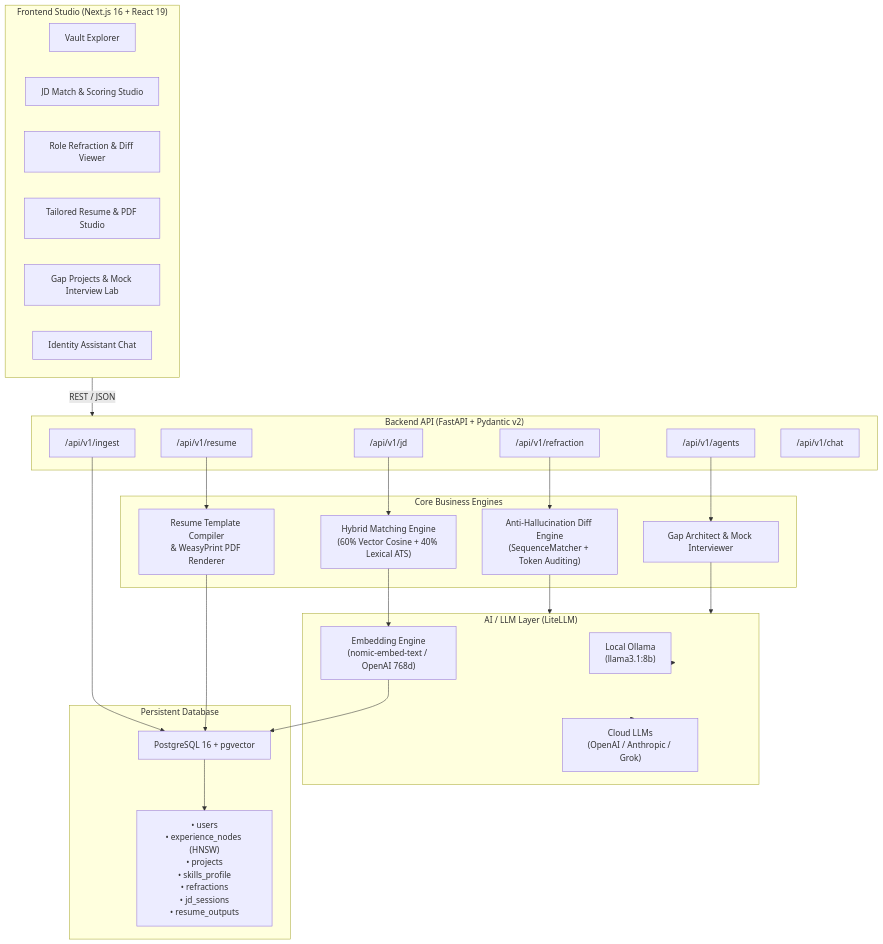
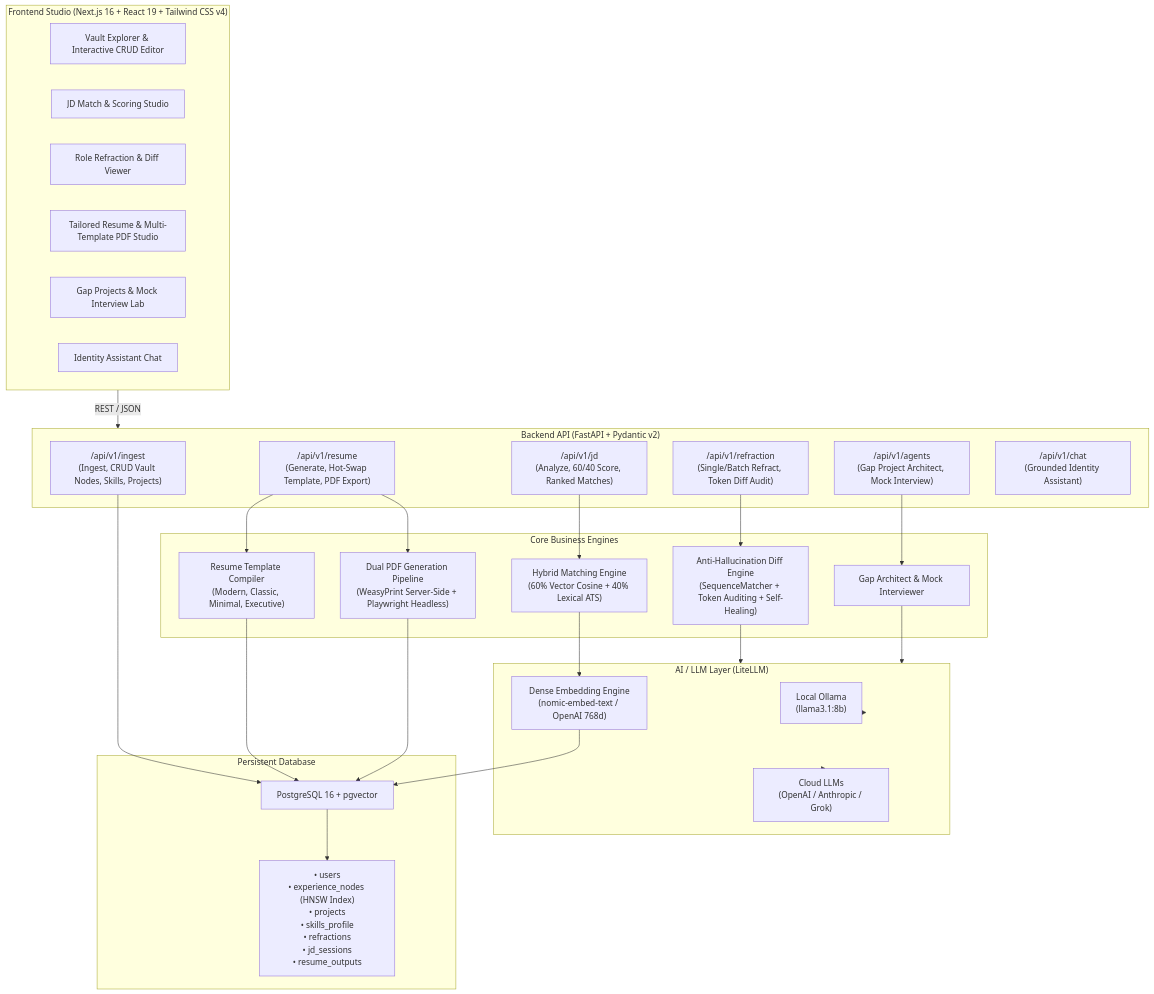
Before and after one commit to sarathithikkatt/LoomResume: the first of 2 diagrams in README.md, drawn with Mermaid. The commit also changed other lines of this file and 8 other files, not shown here.

Commit message:
docs: update README with multi-template engine, vault CRUD, and 3-phase E2E suite, and add resume builder script

````diff
--- a/README.md
+++ b/README.md
@@ -36,55 +39,58 @@
 ```mermaid
 flowchart TD
-    subgraph UI ["Frontend Studio (Next.js 16 + React 19)"]
-        FE_Vault["Vault Explorer"]
+    subgraph UI ["Frontend Studio (Next.js 16 + React 19 + Tailwind CSS v4)"]
+        FE_Vault["Vault Explorer & Interactive CRUD Editor"]
         FE_JD["JD Match & Scoring Studio"]
         FE_Refract["Role Refraction & Diff Viewer"]
-        FE_Resume["Tailored Resume & PDF Studio"]
+        FE_Resume["Tailored Resume & Multi-Template PDF Studio"]
         FE_Agents["Gap Projects & Mock Interview Lab"]
         FE_Chat["Identity Assistant Chat"]
     end
 
     subgraph API ["Backend API (FastAPI + Pydantic v2)"]
-        Router_Ingest["/api/v1/ingest"]
-        Router_JD["/api/v1/jd"]
-        Router_Refract["/api/v1/refraction"]
-        Router_Resume["/api/v1/resume"]
-        Router_Agents["/api/v1/agents"]
-        Router_Chat["/api/v1/chat"]
+        Router_Ingest["/api/v1/ingest\n(Ingest, CRUD Vault Nodes, Skills, Projects)"]
+        Router_JD["/api/v1/jd\n(Analyze, 60/40 Score, Ranked Matches)"]
+        Router_Refract["/api/v1/refraction\n(Single/Batch Refract, Token Diff Audit)"]
+        Router_Resume["/api/v1/resume\n(Generate, Hot-Swap Template, PDF Export)"]
+        Router_Agents["/api/v1/agents\n(Gap Project Architect, Mock Interview)"]
+        Router_Chat["/api/v1/chat\n(Grounded Identity Assistant)"]
     end
 
     subgraph Engines ["Core Business Engines"]
-        DiffEngine["Anti-Hallucination Diff Engine\n(SequenceMatcher + Token Auditing)"]
+        DiffEngine["Anti-Hallucination Diff Engine\n(SequenceMatcher + Token Auditing + Self-Healing)"]
         MatchEngine["Hybrid Matching Engine\n(60% Vector Cosine + 40% Lexical ATS)"]
-        ResumeCompiler["Resume Template Compiler\n& WeasyPrint PDF Renderer"]
+        ResumeCompiler["Resume Template Compiler\n(Modern, Classic, Minimal, Executive)"]
+        PDFPipeline["Dual PDF Generation Pipeline\n(WeasyPrint Server-Side + Playwright Headless)"]
         AgentEngine["Gap Architect & Mock Interviewer"]
     end
 
     subgraph AI_Layer ["AI / LLM Layer (LiteLLM)"]
         OllamaLocal["Local Ollama\n(llama3.1:8b)"]
         CloudLLM["Cloud LLMs\n(OpenAI / Anthropic / Grok)"]
-        Embedder["Embedding Engine\n(nomic-embed-text / OpenAI 768d)"]
+        Embedder["Dense Embedding Engine\n(nomic-embed-text / OpenAI 768d)"]
     end
 
     subgraph Storage ["Persistent Database"]
         PG["PostgreSQL 16 + pgvector"]
-        PG_Tables["• users\n• experience_nodes (HNSW)\n• projects\n• skills_profile\n• refractions\n• jd_sessions\n• resume_outputs"]
+        PG_Tables["• users\n• experience_nodes (HNSW Index)\n• projects\n• skills_profile\n• refractions\n• jd_sessions\n• resume_outputs"]
     end
 
     UI -->|REST / JSON| API
     Router_Ingest --> PG
     Router_JD --> MatchEngine
     Router_Refract --> DiffEngine
     Router_Resume --> ResumeCompiler
+    Router_Resume --> PDFPipeline
     Router_Agents --> AgentEngine
 
     MatchEngine --> Embedder
     DiffEngine --> AI_Layer
     AgentEngine --> AI_Layer
     ResumeCompiler --> PG
+    PDFPipeline --> PG
 
     Embedder --> PG
     AI_Layer --> OllamaLocal
     AI_Layer --> CloudLLM
     PG --> PG_Tables
 ```
````
